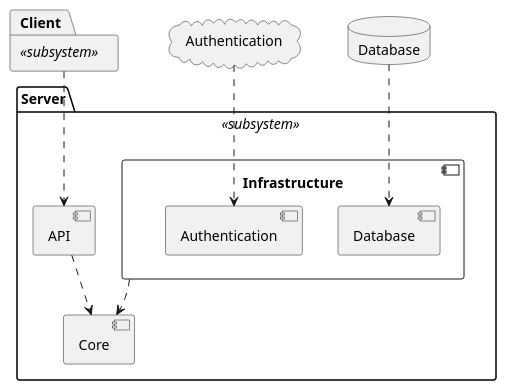
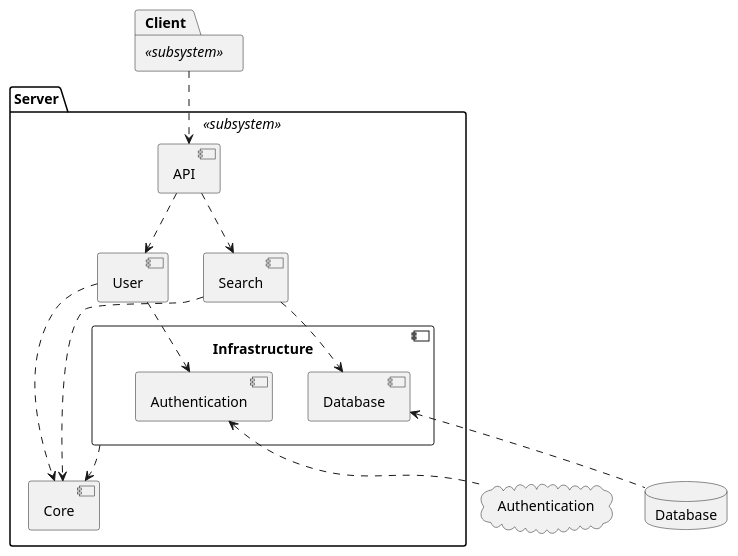
The diagram in docs/uml/subsystem-decomp.puml (toffernator/blueberry), drawn with PlantUML before and after one commit.

Commit message:
Search/User Component

```diff
--- a/docs/uml/subsystem-decomp.puml
+++ b/docs/uml/subsystem-decomp.puml
@@ -1,23 +1,32 @@
 @startuml
 
 package "Client" <<subsystem>>
 cloud Authentication
 database Database
 
 package "Server" <<subsystem>> {
+    component "User"
+    component "Search"
     [Core]
     [API]
     component "Infrastructure" {
         [Database] as InfDb
         [Authentication] as InfAuth
     }
 }
 
-API ..> Core
+Client .down.> API
+Authentication .up.> InfAuth
+Database .up.> InfDb
+
+API .down.> Search
+API .down.> User
+Search ..> Core
+Search .down.> InfDb
+User ..> Core
+User .down.> InfAuth
 Infrastructure ..> Core
 
-Client ..> API
-Authentication ..> InfAuth
-Database ..> InfDb
+
 
 @enduml
```
